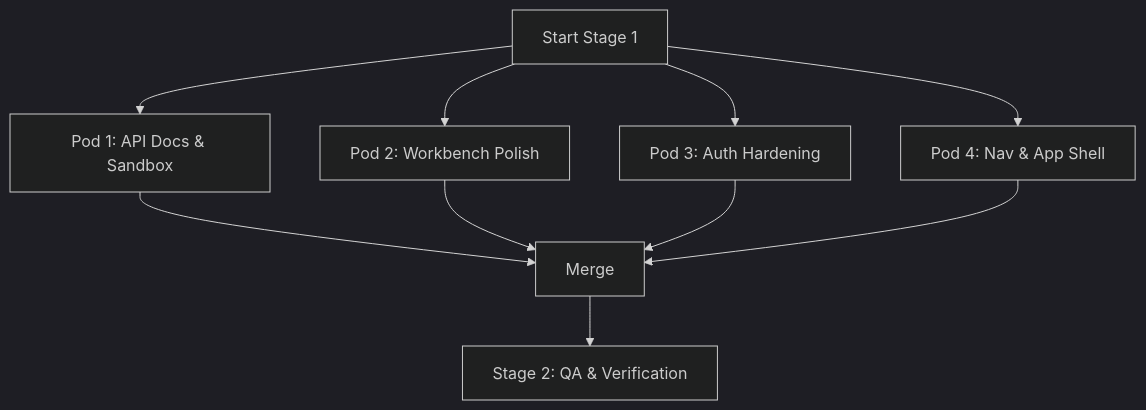
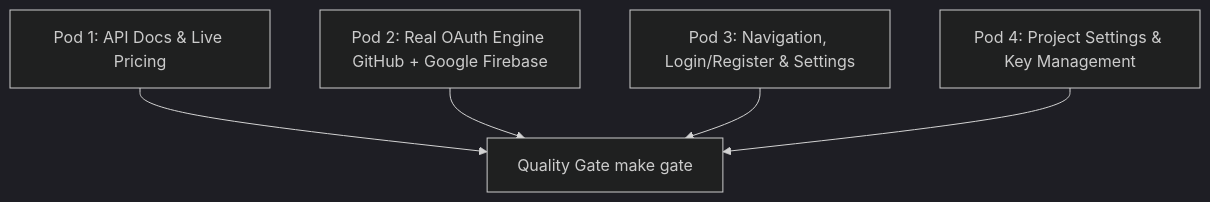
One commit to Axe-08/Key-Collective changed the diagram in docs/architecture/execution_dag.mmd. Above: the diagram before and after it, drawn with Mermaid (dark theme). The commit also changed 14 other files, not shown here.

Commit message:
feat: real oauth engine integration

```diff
--- a/docs/architecture/execution_dag.mmd
+++ b/docs/architecture/execution_dag.mmd
@@ -1,10 +1,5 @@
 graph TD
-    Start[Start Stage 1] --> Pod1[Pod 1: API Docs & Sandbox]
-    Start --> Pod2[Pod 2: Workbench Polish]
-    Start --> Pod3[Pod 3: Auth Hardening]
-    Start --> Pod4[Pod 4: Nav & App Shell]
-    Pod1 --> Merge
-    Pod2 --> Merge
-    Pod3 --> Merge
-    Pod4 --> Merge
-    Merge --> QA[Stage 2: QA & Verification]
+    Pod1[Pod 1: API Docs & Live Pricing] --> Verification[Quality Gate make gate]
+    Pod2[Pod 2: Real OAuth Engine GitHub + Google Firebase] --> Verification
+    Pod3[Pod 3: Navigation, Login/Register & Settings] --> Verification
+    Pod4[Pod 4: Project Settings & Key Management] --> Verification
```
